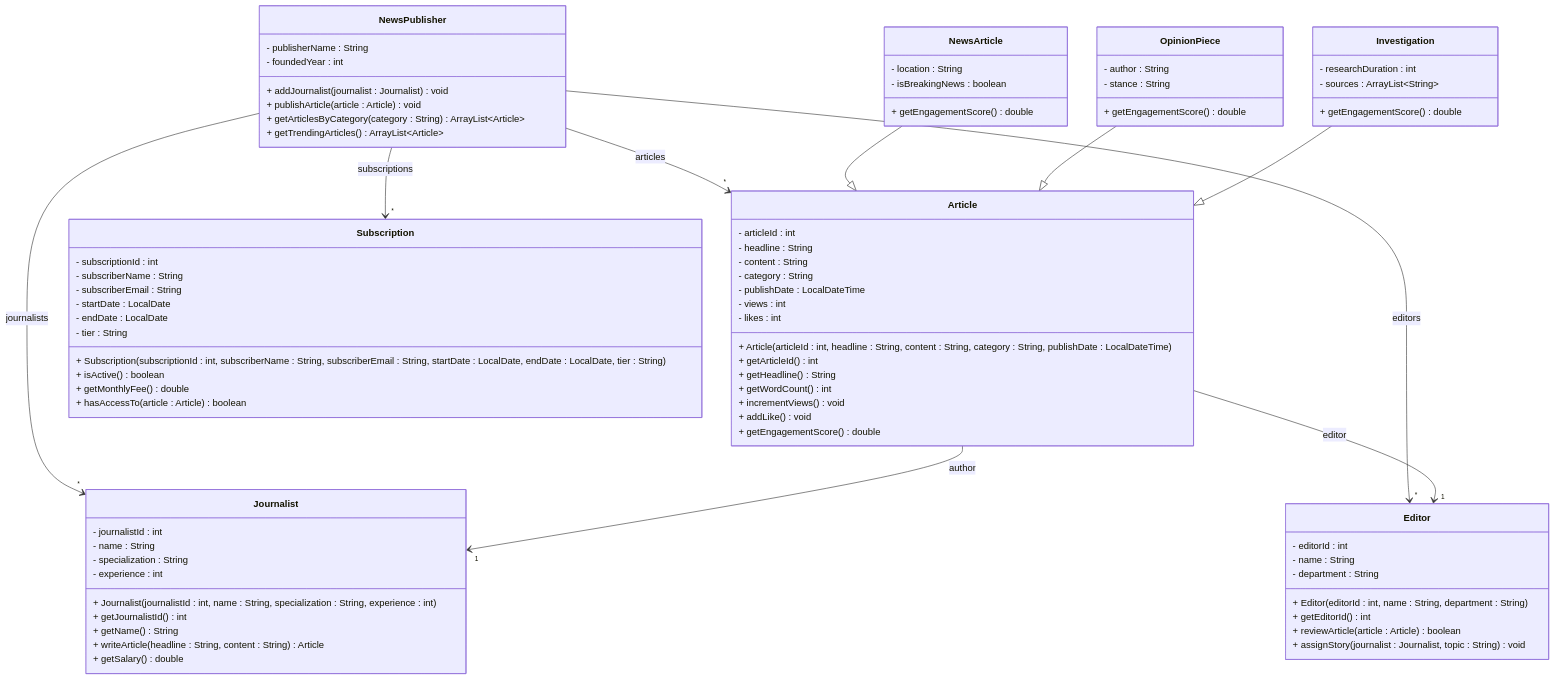
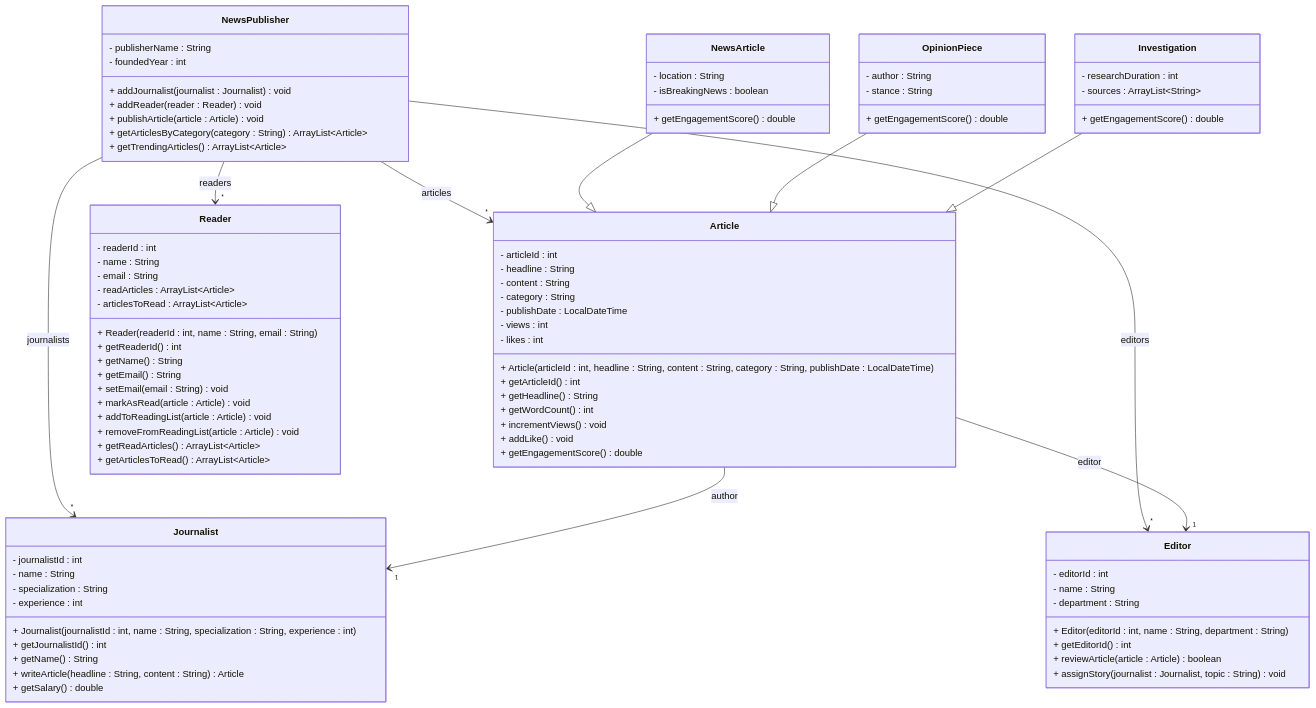
Before and after one commit to TroelsMortensen/Codelabs2: the diagram in Articles/Session 24 - Exam/ExamExercises/Exam Assignment - 5 - News Publisher.md, drawn with Mermaid. The commit also changed other lines of this file and 2 other files, not shown here.

```diff
--- a/Articles/Session 24 - Exam/ExamExercises/Exam Assignment - 5 - News Publisher.md
+++ b/Articles/Session 24 - Exam/ExamExercises/Exam Assignment - 5 - News Publisher.md
@@ -8,6 +8,7 @@
         - publisherName : String
         - foundedYear : int
         + addJournalist(journalist : Journalist) void
+        + addReader(reader : Reader) void
         + publishArticle(article : Article) void
         + getArticlesByCategory(category : String) ArrayList~Article~
         + getTrendingArticles() ArrayList~Article~
@@ -70,23 +71,28 @@
         + assignStory(journalist : Journalist, topic : String) void
     }
     
-    class Subscription {
-        - subscriptionId : int
-        - subscriberName : String
-        - subscriberEmail : String
-        - startDate : LocalDate
-        - endDate : LocalDate
-        - tier : String
-        + Subscription(subscriptionId : int, subscriberName : String, subscriberEmail : String, startDate : LocalDate, endDate : LocalDate, tier : String)
-        + isActive() boolean
-        + getMonthlyFee() double
-        + hasAccessTo(article : Article) boolean
+    class Reader {
+        - readerId : int
+        - name : String
+        - email : String
+        - readArticles : ArrayList~Article~
+        - articlesToRead : ArrayList~Article~
+        + Reader(readerId : int, name : String, email : String)
+        + getReaderId() int
+        + getName() String
+        + getEmail() String
+        + setEmail(email : String) void
+        + markAsRead(article : Article) void
+        + addToReadingList(article : Article) void
+        + removeFromReadingList(article : Article) void
+        + getReadArticles() ArrayList~Article~
+        + getArticlesToRead() ArrayList~Article~
     }
     
     NewsPublisher --> "*" Article : articles
     NewsPublisher --> "*" Journalist : journalists
     NewsPublisher --> "*" Editor : editors
-    NewsPublisher --> "*" Subscription : subscriptions
+    NewsPublisher --> "*" Reader : readers
     Article --> "1" Journalist : author
     Article --> "1" Editor : editor
     NewsArticle --|> Article
```
